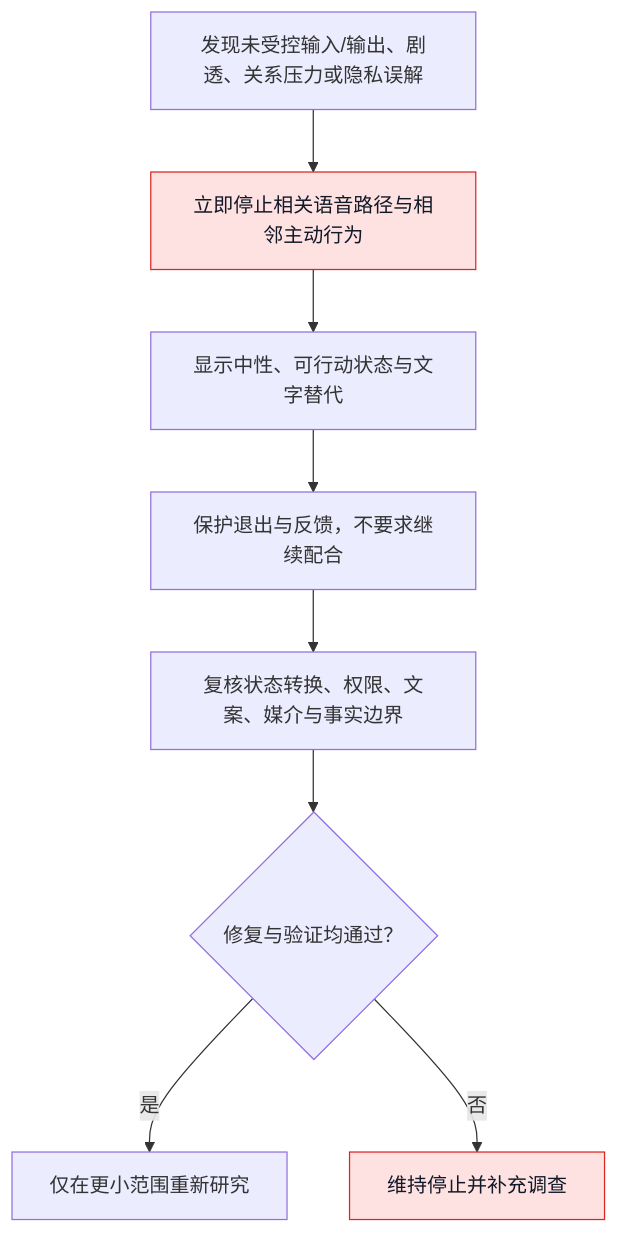
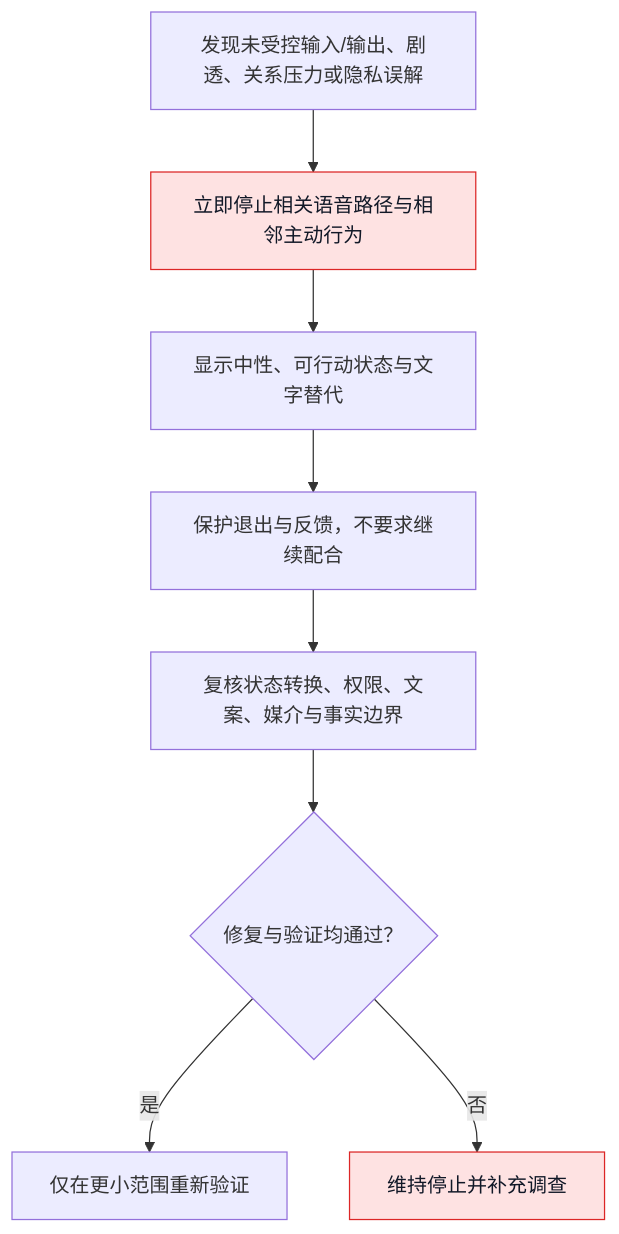
The sixth of 6 diagrams in docs/球球全套资料/4.产品设计/26-语音打断、重连与降级体验设计.md (weiz98417-crypto/qiuqiu), drawn with Mermaid before and after one commit. The commit also changed other lines of this file and 49 other files, not shown here.

````diff
--- a/docs/球球全套资料/4.产品设计/26-语音打断、重连与降级体验设计.md
+++ b/docs/球球全套资料/4.产品设计/26-语音打断、重连与降级体验设计.md
@@ -796,13 +540,13 @@
 ```mermaid
 flowchart TD
     A[发现未受控输入/输出、剧透、关系压力或隐私误解] --> B[立即停止相关语音路径与相邻主动行为]
     B --> C[显示中性、可行动状态与文字替代]
     C --> D[保护退出与反馈，不要求继续配合]
     D --> E[复核状态转换、权限、文案、媒介与事实边界]
     E --> F{修复与验证均通过？}
-    F -->|是| G[仅在更小范围重新研究]
+    F -->|是| G[仅在更小范围重新验证]
     F -->|否| H[维持停止并补充调查]
 
     classDef stop fill:#fee2e2,stroke:#dc2626,color:#111827;
     class B,H stop;
 ```
````
